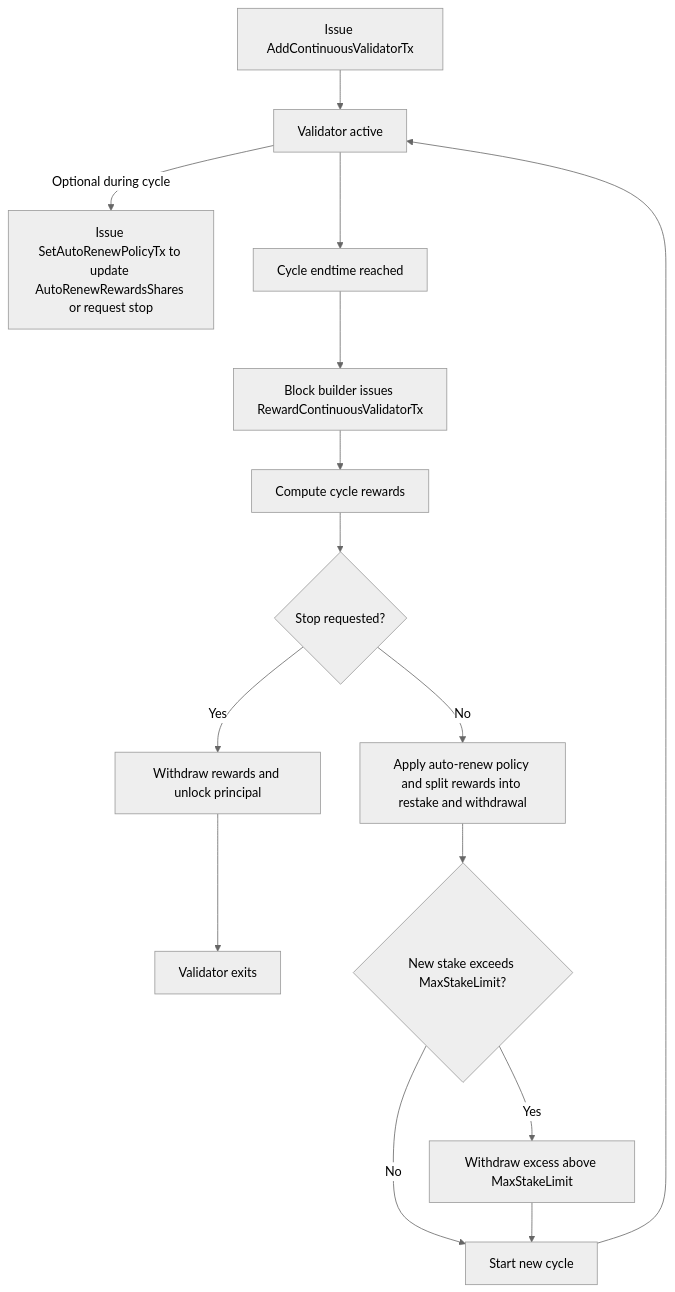
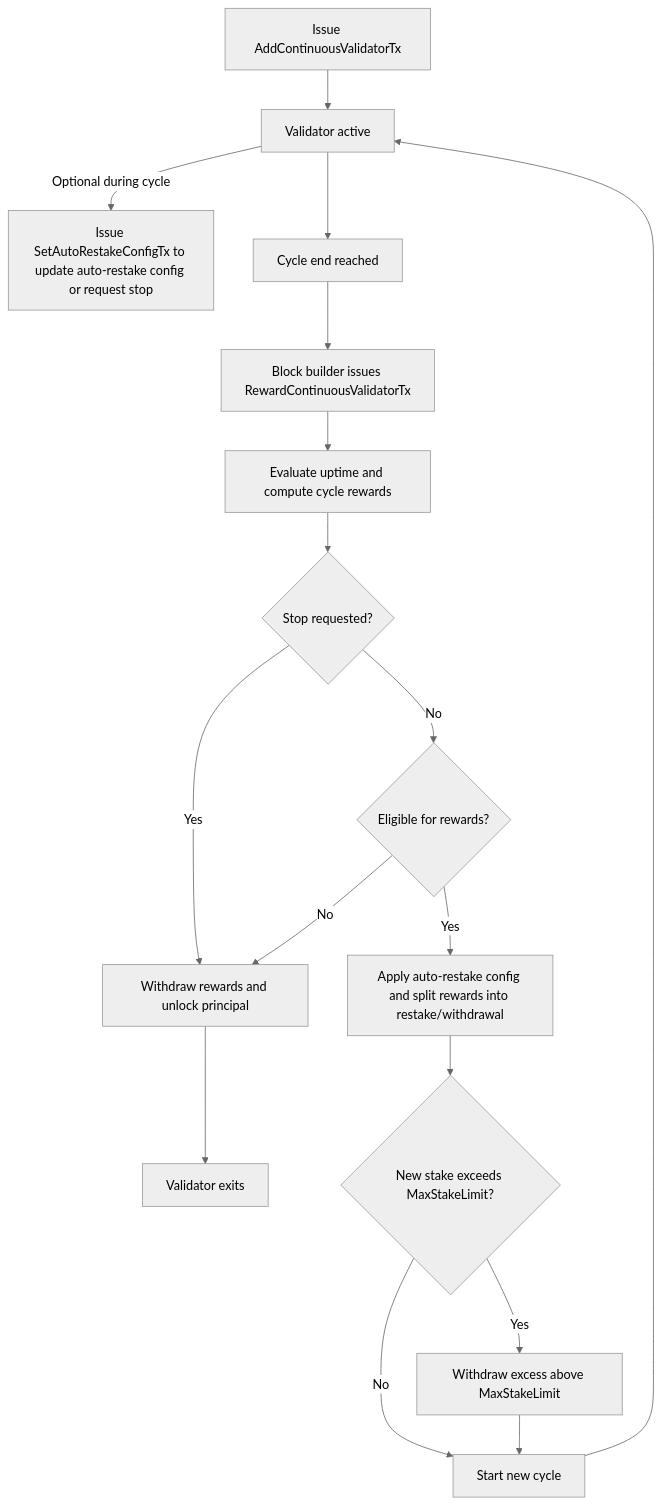
One commit to meaghanfitzgerald/ACPs changed the diagram in ACPs/236-continuous-staking/README.md. Above: the diagram before and after it, drawn with Mermaid (neutral theme). The commit also changed other lines of this file, not shown here.

````diff
--- a/ACPs/236-continuous-staking/README.md
+++ b/ACPs/236-continuous-staking/README.md
@@ -148,21 +167,23 @@
 ```mermaid
 flowchart TD
   A[Issue AddContinuousValidatorTx] --> B[Validator active]
 
-  B -->|Optional during cycle| C[Issue SetAutoRenewPolicyTx to update AutoRenewRewardsShares or request stop]
+  B -->|Optional during cycle| C[Issue SetAutoRestakeConfigTx to update auto-restake config or request stop]
 
-  B --> D[Cycle endtime reached]
+  B --> D[Cycle end reached]
   D --> E[Block builder issues RewardContinuousValidatorTx]
-  E --> F[Compute cycle rewards]
+  E --> F[Evaluate uptime and compute cycle rewards]
   F --> G{Stop requested?}
 
   G -->|Yes| H[Withdraw rewards and unlock principal]
   H --> I[Validator exits]
 
-  G -->|No| J[Apply auto-renew policy and split rewards into restake and withdrawal]
-  J --> K{New stake exceeds MaxStakeLimit?}
-  K -->|Yes| L[Withdraw excess above MaxStakeLimit]
-  K -->|No| N[Start new cycle]
-  L --> N[Start new cycle]
+  G -->|No| J{Eligible for rewards?}
+  J -->|No| H
+  J -->|Yes| K[Apply auto-restake config and split rewards into restake/withdrawal]
+  K --> L{New stake exceeds MaxStakeLimit?}
+  L -->|Yes| M[Withdraw excess above MaxStakeLimit]
+  L -->|No| N[Start new cycle]
+  M --> N[Start new cycle]
   N --> B
 ```
````
